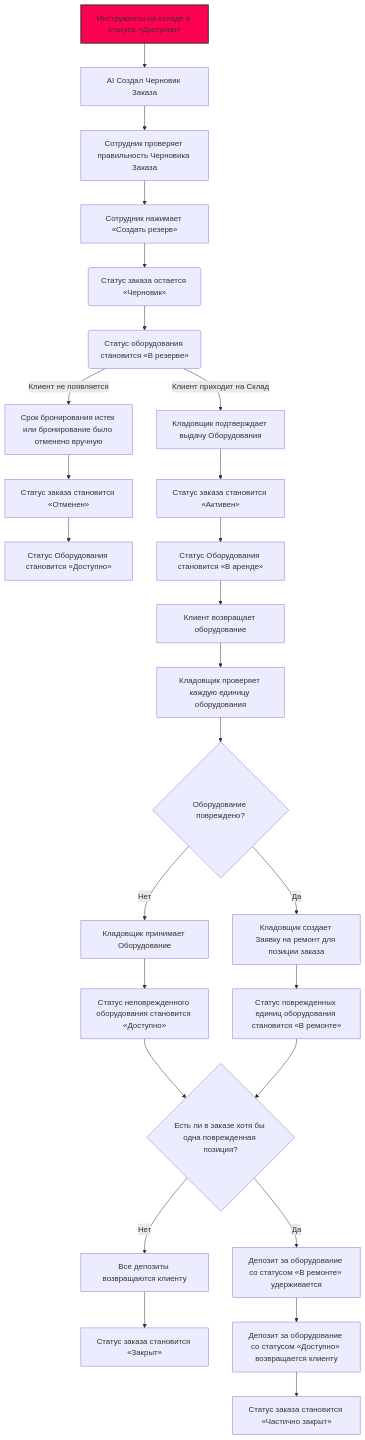
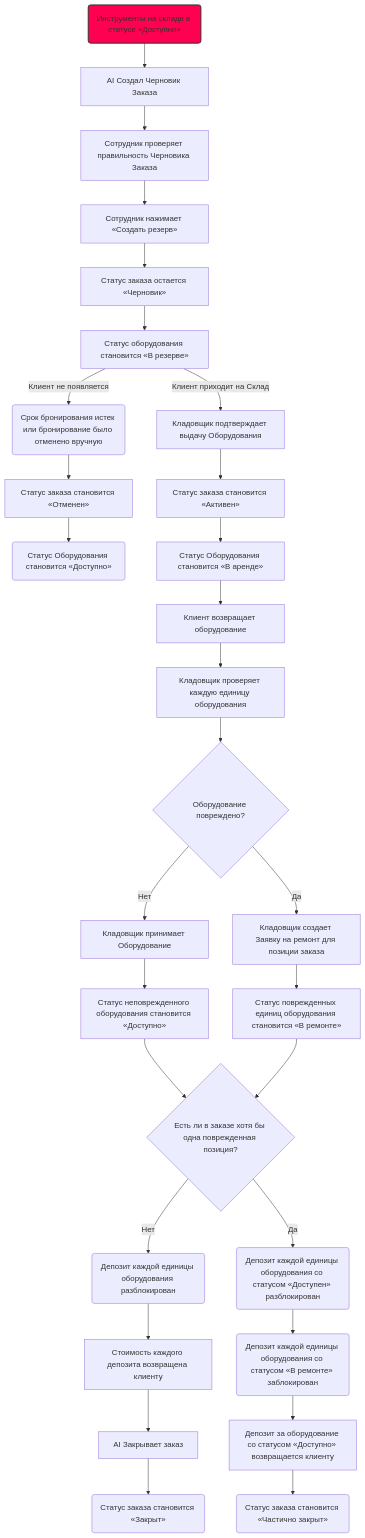
The diagram in flowchart4.md (Diamko94/rentals1), drawn with Mermaid before and after one commit.

````diff
--- a/flowchart4.md
+++ b/flowchart4.md
@@ -1,43 +1,49 @@
 ```mermaid
 flowchart TD
 
  %% Выделение цветом
     style D0 fill:#ff0150,stroke:#333,stroke-width:2px
 
     %% Подтверждение
-    D0[Инструменты на складе в статусе «Доступно»]
+    D0(Инструменты на складе в статусе «Доступно»)
     D0 --> D00[AI Создал Черновик Заказа]
     D00 --> D000[Сотрудник проверяет правильность Черновика Заказа]
 
     D000 --> D1[Сотрудник нажимает «Создать резерв»]
-    D1 --> B(Статус заказа остается «Черновик»)
-    B --> B1(Статус оборудования становится «В резерве»)
+    D1 --> B[Статус заказа остается «Черновик»]
+    B --> B1[Статус оборудования становится «В резерве»]
 
 
     %% Выдача
     B1 --> |Клиент приходит на Склад| I[Кладовщик подтверждает выдачу Оборудования]
-    B1 --> |Клиент не появляется| E[Срок бронирования истек или бронирование было отменено вручную]
+    B1 --> |Клиент не появляется| E(Срок бронирования истек или бронирование было отменено вручную)
     E --> F[Статус заказа становится «Отменен»]
     I --> J[Статус заказа становится «Активен»]
-    F --> C[Статус Оборудования становится «Доступно»]
+    F --> C(Статус Оборудования становится «Доступно»)
     J --> X[Статус Оборудования становится «В аренде»]
 
     %% Возврат
     X --> K[Клиент возвращает оборудование]
     K --> L[Кладовщик проверяет каждую единицу оборудования]
     L --> M{Оборудование повреждено?}
     
     M --> |Да| P[Кладовщик создает Заявку на ремонт для позиции заказа]
     P --> R[Статус поврежденных единиц оборудования становится «В ремонте»]
     M --> |Нет| P1[Кладовщик принимает Оборудование]
     P1 --> T[Статус неповрежденного оборудования становится «Доступно»]
 
     %% Расчет
     T --> N{Есть ли в заказе хотя бы одна поврежденная позиция?}
     R --> N
-    N --> |Нет| Q[Все депозиты возвращаются клиенту]
-    Q --> V[Статус заказа становится «Закрыт»]
-    N --> |Да| S[Депозит за оборудование со статусом «В ремонте» удерживается]
-    S --> U[Депозит за оборудование со статусом «Доступно» возвращается клиенту]
-    U --> W[Статус заказа становится «Частично закрыт»]
+
+    %%  Закрытие Заказа
+    N --> |Нет| Q(Депозит каждой единицы оборудования разблокирован)
+    Q --> Q1[Стоимость каждого депозита возвращена клиенту] 
+    Q1 --> V[AI Закрывает заказ]
+    V --> V1(Статус заказа становится «Закрыт»)
+
+    N --> |Да| S(Депозит каждой единицы оборудования со статусом «Доступен» разблокирован)
+    S --> S1(Депозит каждой единицы оборудования со статусом «В ремонте» заблокирован)
+    S1 --> U[Депозит за оборудование со статусом «Доступно» возвращается клиенту]
+    U --> W(Статус заказа становится «Частично закрыт»)
 ```
````
